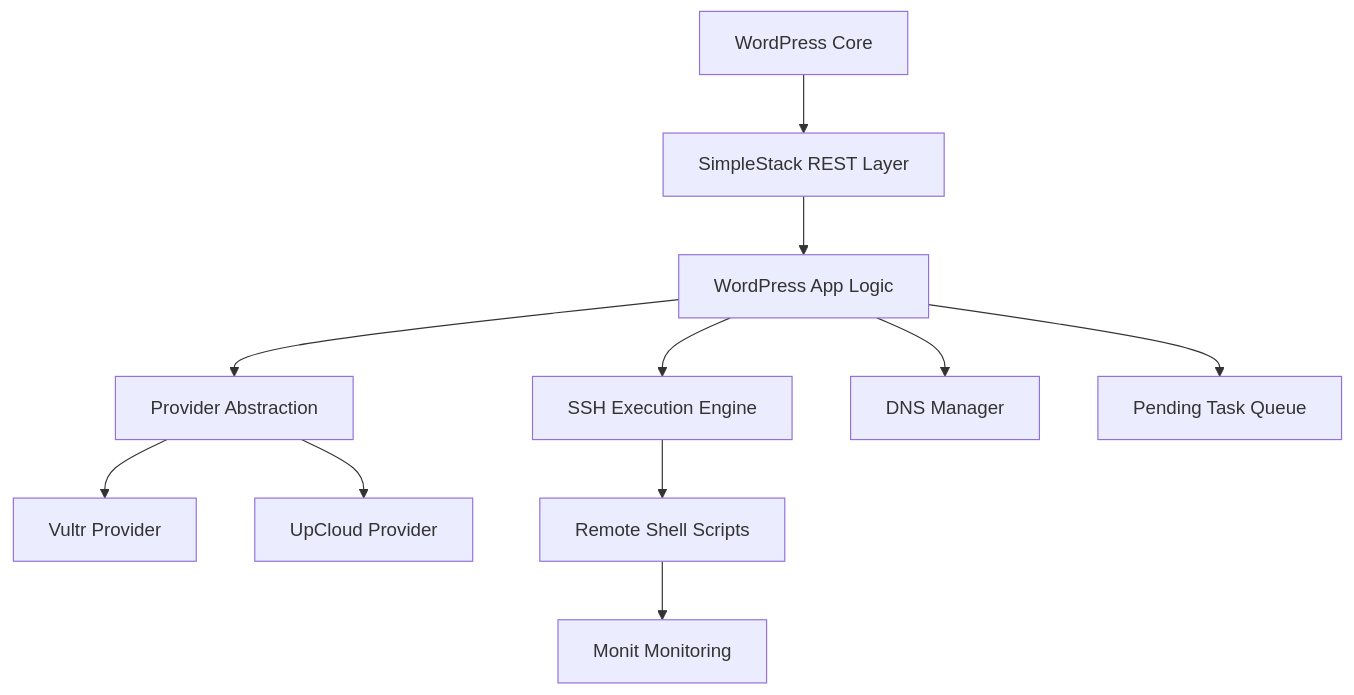
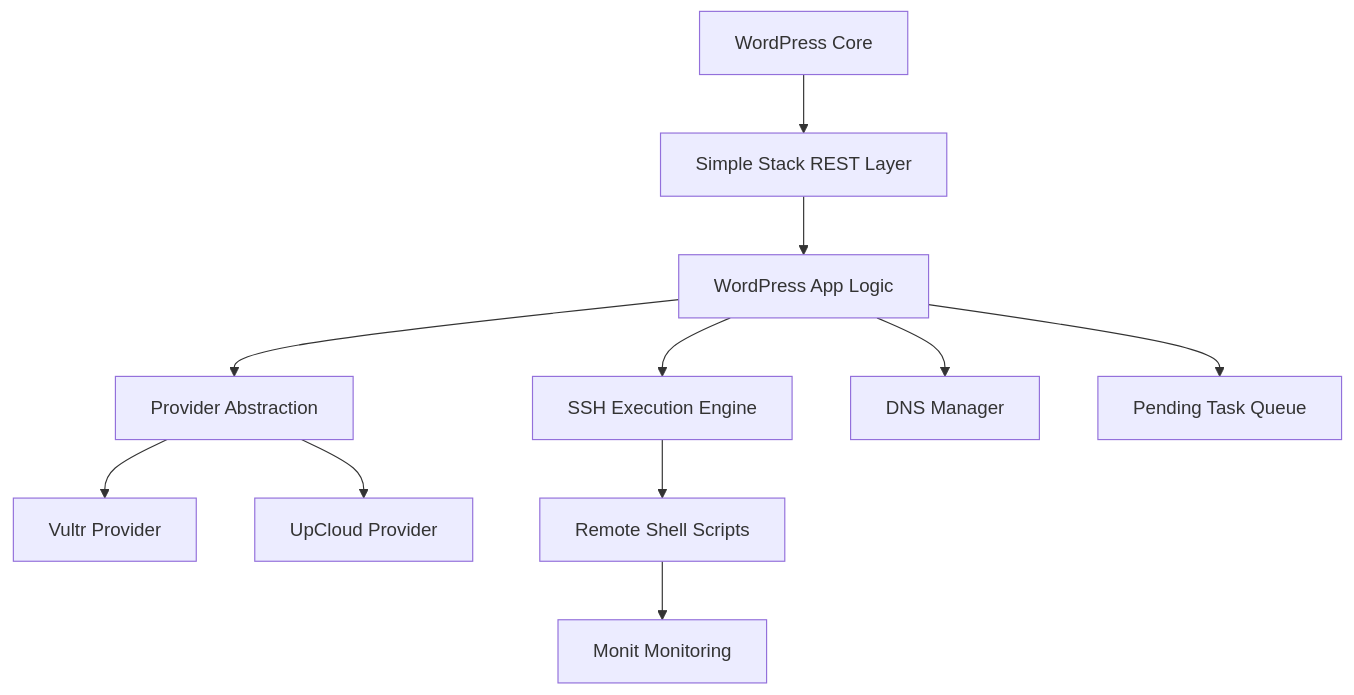
Before and after one commit to onedogsolutions/simple-stack: the first of 8 diagrams in .qoder/repowiki/en/content/System Architecture/Integration Patterns.md, drawn with Mermaid. The commit also changed other lines of this file and 5941 other files, not shown here.

First line of the commit message:
refactor(core): rebrand WPCloudDeploy to Simple Stack with new namespaces and prefixes

````diff
--- a/.qoder/repowiki/en/content/System Architecture/Integration Patterns.md
+++ b/.qoder/repowiki/en/content/System Architecture/Integration Patterns.md
@@ -52,24 +52,24 @@
 ```mermaid
 graph TB
 WP["WordPress Core"]
-REST["SimpleStack REST Layer"]
+REST["Simple Stack REST Layer"]
 APP["WordPress App Logic"]
 PROVIDERS["Provider Abstraction"]
 VULTR["Vultr Provider"]
 UPCLOUD["UpCloud Provider"]
 SSH["SSH Execution Engine"]
 SCRIPTS["Remote Shell Scripts"]
 DNS["DNS Manager"]
 TASKS["Pending Task Queue"]
 MONIT["Monit Monitoring"]
 WP --> REST
 REST --> APP
 APP --> PROVIDERS
 PROVIDERS --> VULTR
 PROVIDERS --> UPCLOUD
 APP --> SSH
 SSH --> SCRIPTS
 APP --> DNS
 APP --> TASKS
 SCRIPTS --> MONIT
 ```
````
